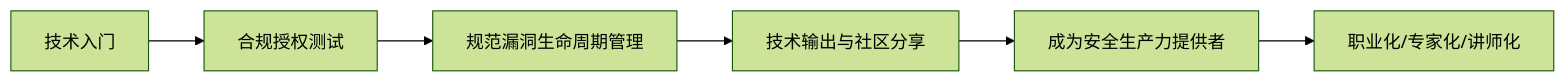
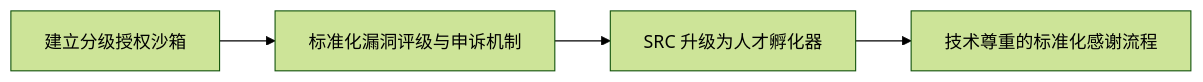
One commit to OpenDocCN1/sec-llm-wiki changed the diagram in pages/white-hat-ethics-industry-trust.md. Above: the diagram before and after it, drawn with Mermaid (forest theme). The commit also changed other lines of this file and 4 other files, not shown here.

````diff
--- a/pages/white-hat-ethics-industry-trust.md
+++ b/pages/white-hat-ethics-industry-trust.md
@@ -115,8 +98,6 @@
 ```mermaid
 graph LR
-    A[技术入门] --> B[合规授权测试]
-    B --> C[规范漏洞生命周期管理]
-    C --> D[技术输出与社区分享]
-    D --> E[成为安全生产力提供者]
-    E --> F[职业化/专家化/讲师化]
+    A[建立分级授权沙箱] --> B[标准化漏洞评级与申诉机制]
+    B --> C[SRC 升级为人才孵化器]
+    C --> D[技术尊重的标准化感谢流程]
 ```
````
